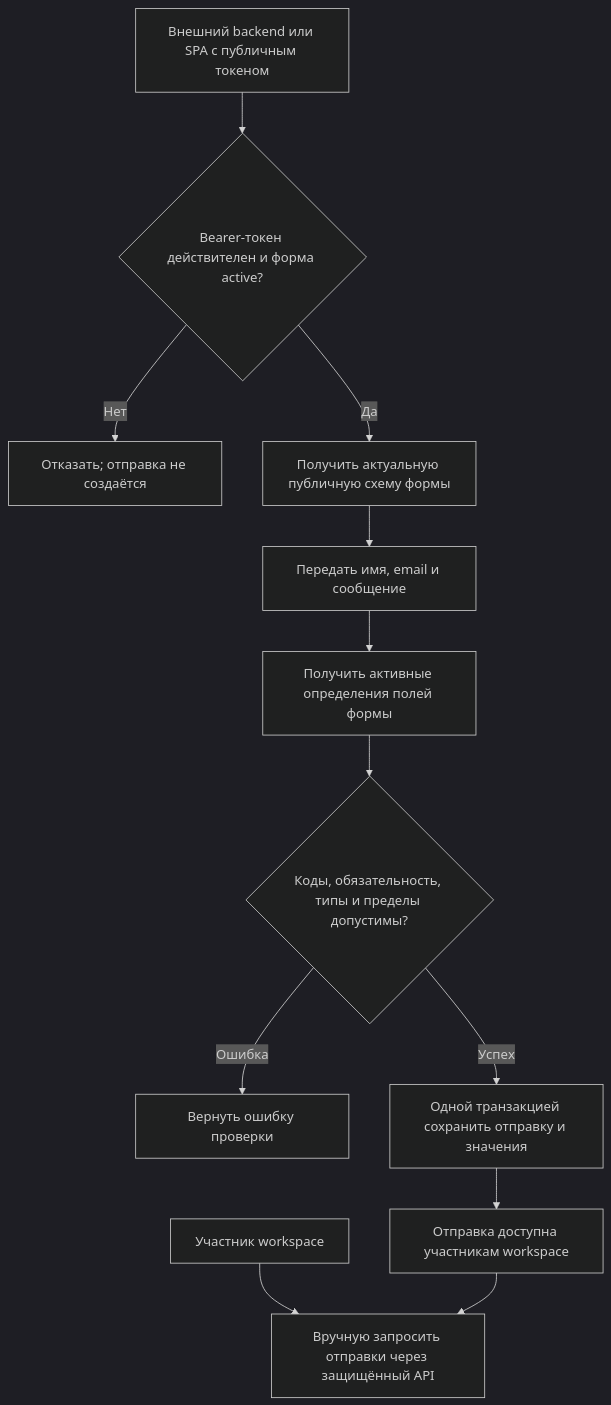
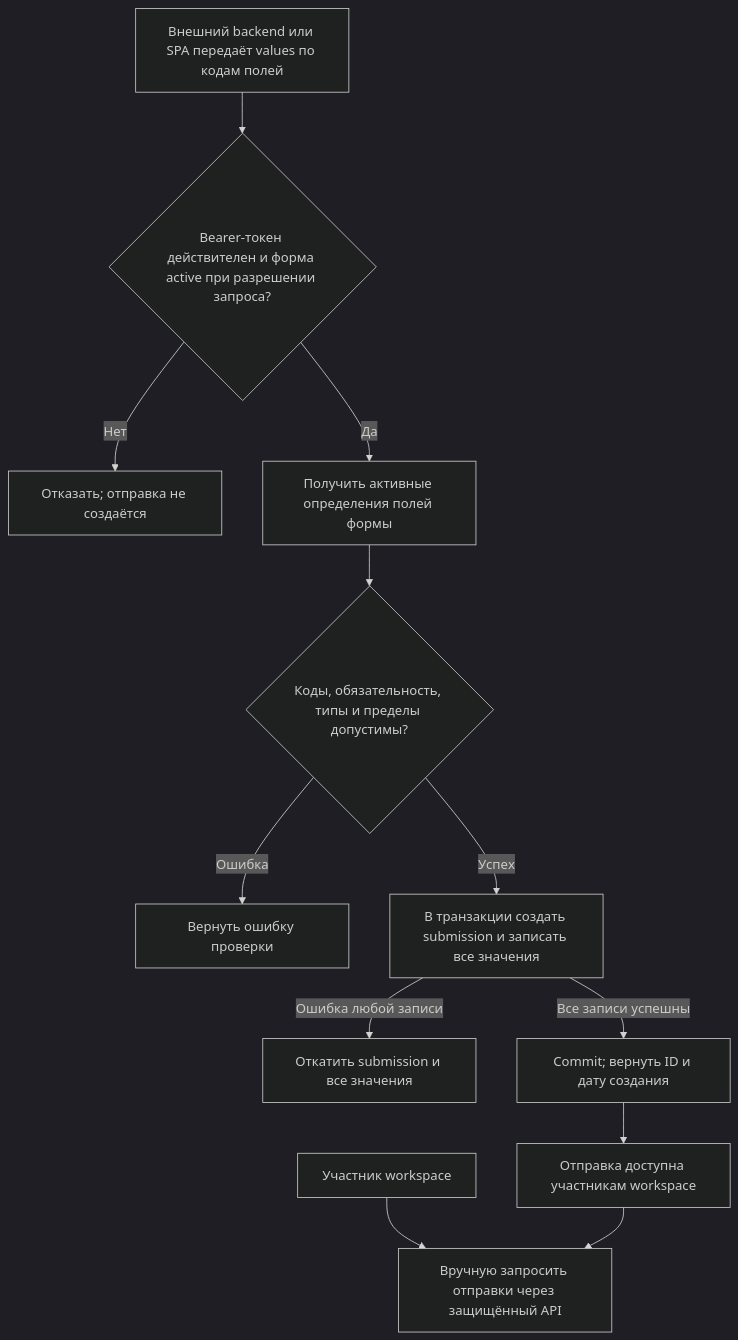
One commit to sholokhov-daniil/formflow-api changed the third of 3 diagrams in docs/business-logic/submissions.md. Above: the diagram before and after it, drawn with Mermaid (dark theme). The commit also changed other lines of this file and 3 other files, not shown here.

Commit message:
work(test): Создан регрессивный тест на откат при сбое записи

````diff
--- a/docs/business-logic/submissions.md
+++ b/docs/business-logic/submissions.md
@@ -34,14 +34,14 @@
 ```mermaid
 flowchart TD
-    Client["Внешний backend или SPA с публичным токеном"] --> Token{"Bearer-токен действителен и форма active?"}
+    Client["Внешний backend или SPA передаёт values по кодам полей"] --> Token{"Bearer-токен действителен и форма active при разрешении запроса?"}
     Token -->|Нет| Denied["Отказать; отправка не создаётся"]
-    Token -->|Да| Schema["Получить актуальную публичную схему формы"]
-    Schema --> Submit["Передать имя, email и сообщение"]
-    Submit --> Resolve["Получить активные определения полей формы"]
+    Token -->|Да| Resolve["Получить активные определения полей формы"]
     Resolve --> Validate{"Коды, обязательность, типы и пределы допустимы?"}
     Validate -->|Ошибка| Invalid["Вернуть ошибку проверки"]
-    Validate -->|Успех| Save["Одной транзакцией сохранить отправку и значения"]
-    Save --> Stored["Отправка доступна участникам workspace"]
+    Validate -->|Успех| Save["В транзакции создать submission и записать все значения"]
+    Save -->|Ошибка любой записи| Rollback["Откатить submission и все значения"]
+    Save -->|Все записи успешны| Commit["Commit; вернуть ID и дату создания"]
+    Commit --> Stored["Отправка доступна участникам workspace"]
     Operator["Участник workspace"] --> Read["Вручную запросить отправки через защищённый API"]
     Stored --> Read
 ```
````
